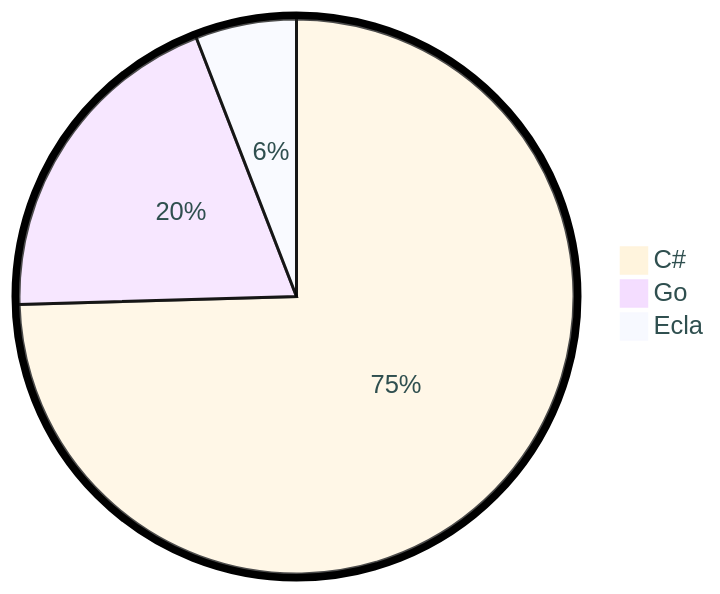
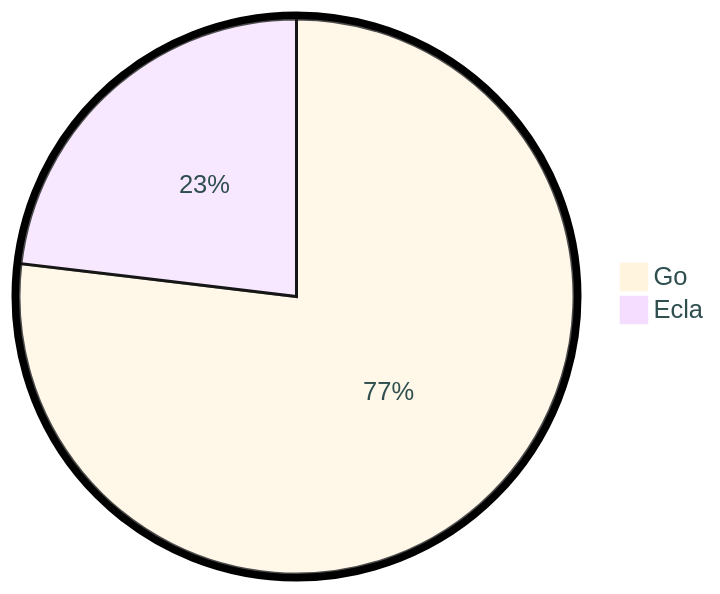
The diagram in README.md (tot0p/tot0p), drawn with Mermaid before and after one commit. The commit also changed other lines of this file, not shown here.

````diff
--- a/README.md
+++ b/README.md
@@ -69,7 +67,6 @@
 ```mermaid
 %%{init: {"pie": {"textPosition": 0.5}, "themeVariables": {"pieOuterStrokeWidth": "5px","primaryTextColor" : "#2F4F4F"},"theme":"base"} }%%
 pie
-	"C#": 74.54
-	"Go": 19.58
-	"Ecla": 5.88
+	"Go": 76.89
+	"Ecla": 23.11
 ```
````
